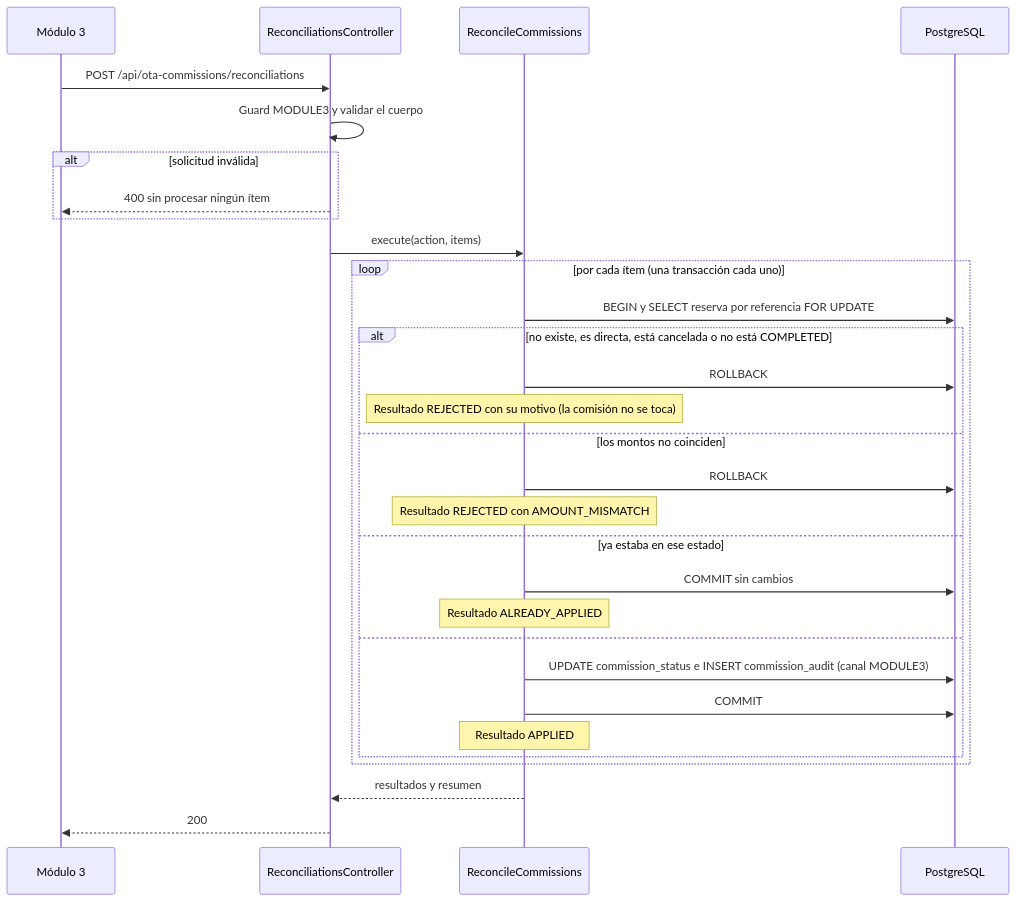
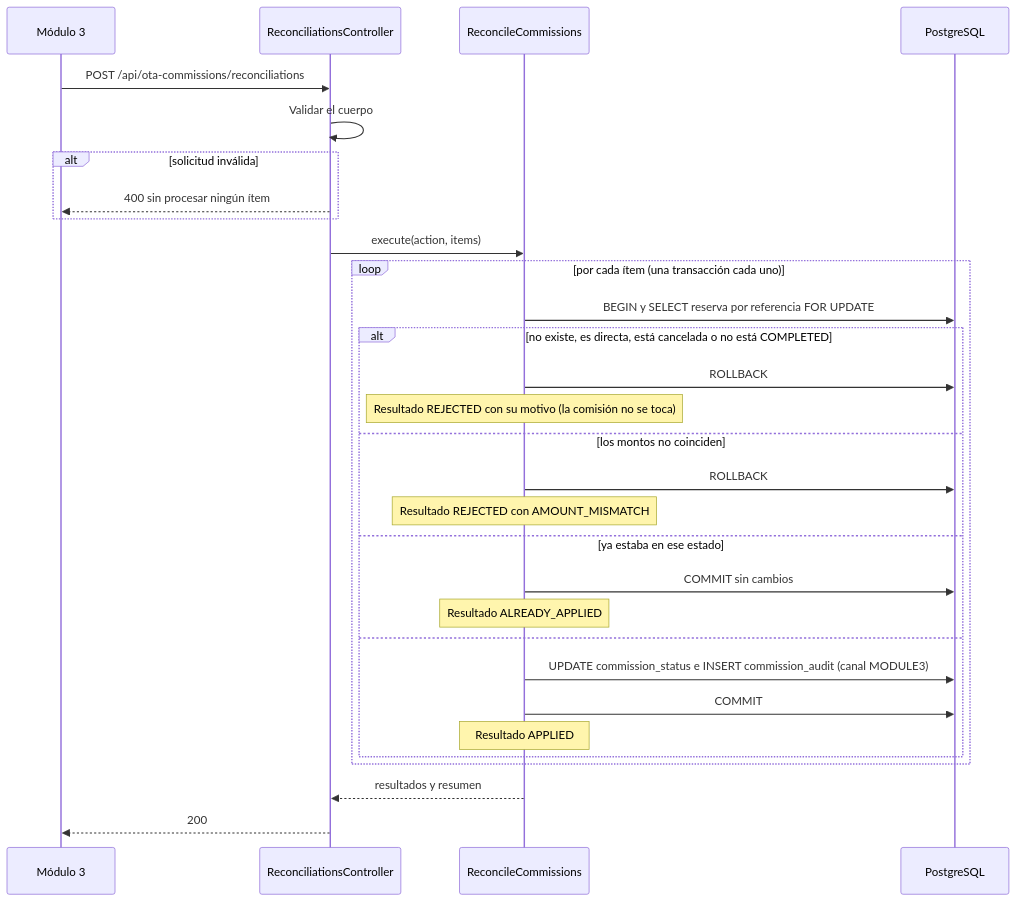
Before and after one commit to Lapicero312-lapi/HOSPITUA-MOD-2: the second of 4 diagrams in specs/register-ota-information-commission/plan.md, drawn with Mermaid. The commit also changed other lines of this file and 16 other files, not shown here.

````diff
--- a/specs/register-ota-information-commission/plan.md
+++ b/specs/register-ota-information-commission/plan.md
@@ -325,33 +326,33 @@
 ```mermaid
 sequenceDiagram
     participant M3 as Módulo 3
     participant K as ReconciliationsController
     participant U as ReconcileCommissions
     participant DB as PostgreSQL
 
     M3->>K: POST /api/ota-commissions/reconciliations
-    K->>K: Guard MODULE3 y validar el cuerpo
+    K->>K: Validar el cuerpo
     alt solicitud inválida
         K-->>M3: 400 sin procesar ningún ítem
     end
     K->>U: execute(action, items)
     loop por cada ítem (una transacción cada uno)
         U->>DB: BEGIN y SELECT reserva por referencia FOR UPDATE
         alt no existe, es directa, está cancelada o no está COMPLETED
             U->>DB: ROLLBACK
             Note over U: Resultado REJECTED con su motivo (la comisión no se toca)
         else los montos no coinciden
             U->>DB: ROLLBACK
             Note over U: Resultado REJECTED con AMOUNT_MISMATCH
         else ya estaba en ese estado
             U->>DB: COMMIT sin cambios
             Note over U: Resultado ALREADY_APPLIED
         else
             U->>DB: UPDATE commission_status e INSERT commission_audit (canal MODULE3)
             U->>DB: COMMIT
             Note over U: Resultado APPLIED
         end
     end
     U-->>K: resultados y resumen
     K-->>M3: 200
 ```
````
